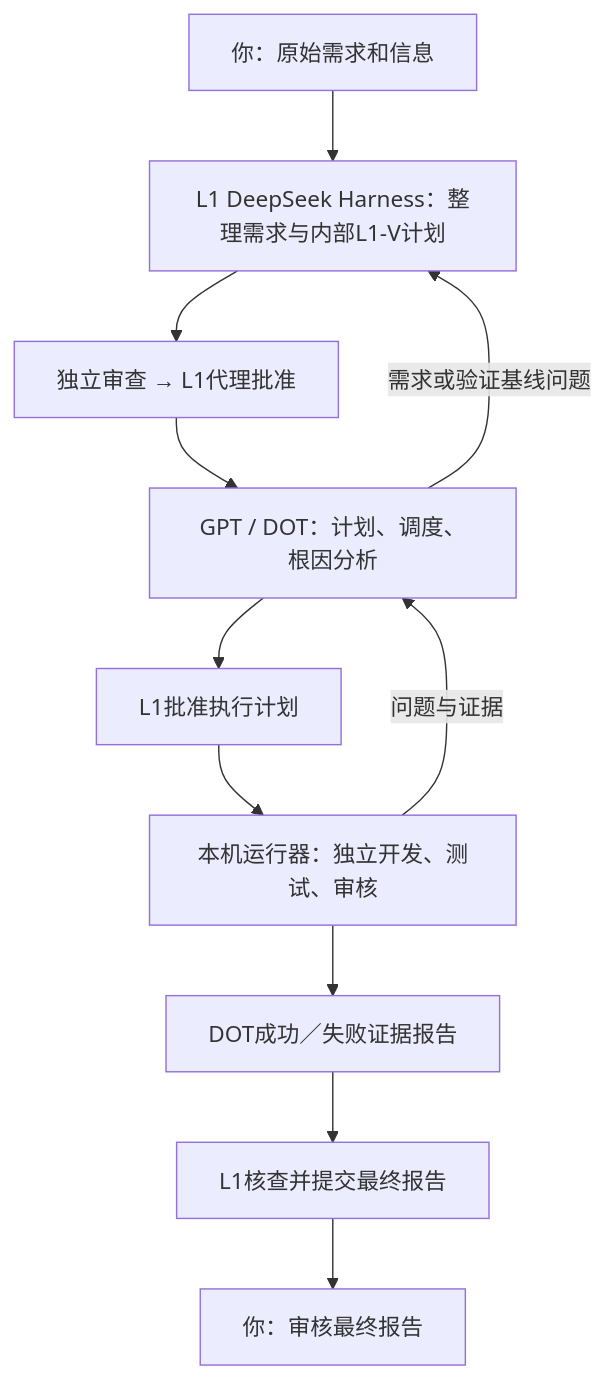
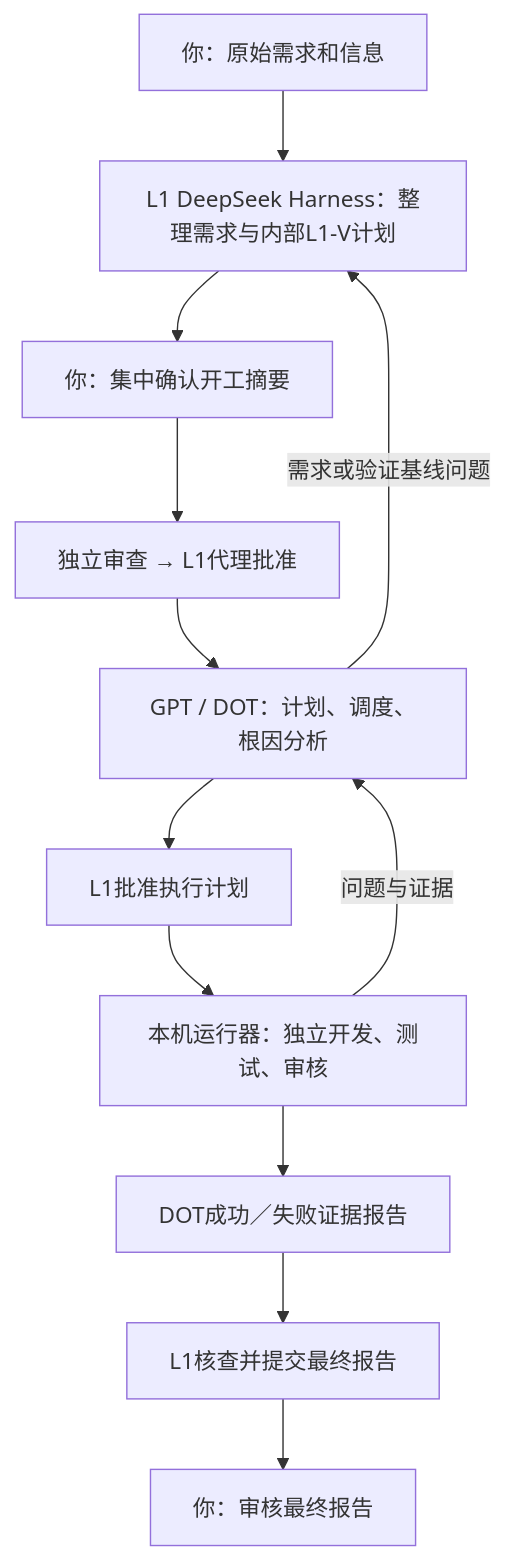
Before and after one commit to Merrychen-CMY/AI-Programming-Workflow: the diagram in README.md, drawn with Mermaid. The commit also changed other lines of this file and 48 other files, not shown here.

````diff
--- a/README.md
+++ b/README.md
@@ -5,13 +5,14 @@
 ```mermaid
 flowchart TD
  U[你：原始需求和信息] --> L[L1 DeepSeek Harness：整理需求与内部L1-V计划]
- L --> R[独立审查 → L1代理批准]
+ L --> C[你：集中确认开工摘要]
+ C --> R[独立审查 → L1代理批准]
  R --> D[GPT / DOT：计划、调度、根因分析]
  D --> P[L1批准执行计划]
  P --> E[本机运行器：独立开发、测试、审核]
  E -->|问题与证据| D
  D -->|需求或验证基线问题| L
  E --> F[DOT成功／失败证据报告]
  F --> S[L1核查并提交最终报告]
  S --> H[你：审核最终报告]
 ```
````
